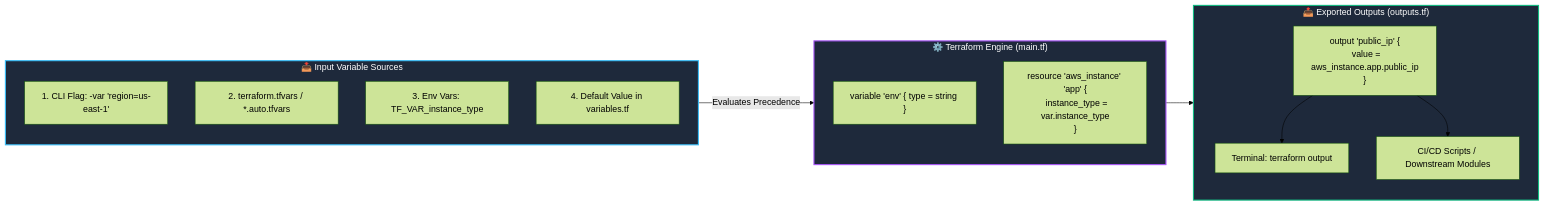
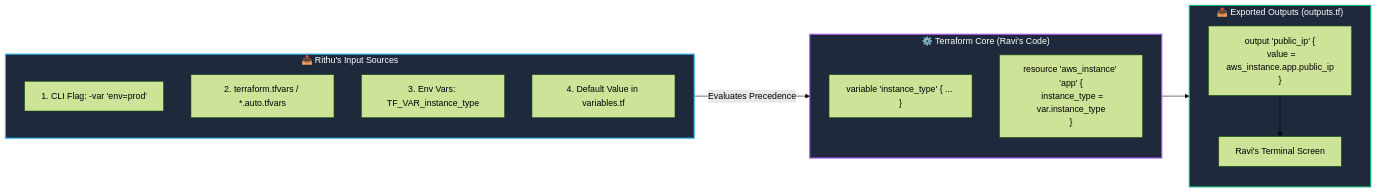
The diagram in 06-variables-and-outputs/README.md (agravi987/Learning-Terraform-For-DevOps), drawn with Mermaid (forest theme) before and after one commit. The commit also changed other lines of this file and 18 other files, not shown here.

Commit message:
docs: enrich curriculum with Mentor Rithu and Student Ravi interactive learning experience

````diff
--- a/06-variables-and-outputs/README.md
+++ b/06-variables-and-outputs/README.md
@@ -23,28 +27,27 @@
 ```mermaid
 flowchart LR
-    subgraph Inputs ["📥 Input Variable Sources"]
-        CLI["1. CLI Flag: -var 'region=us-east-1'"]
+    subgraph Inputs ["📥 Rithu's Input Sources"]
+        CLI["1. CLI Flag: -var 'env=prod'"]
         TFVARS["2. terraform.tfvars / *.auto.tfvars"]
         ENV["3. Env Vars: TF_VAR_instance_type"]
         DEF["4. Default Value in variables.tf"]
     end
 
-    subgraph ConfigEngine ["⚙️ Terraform Engine (main.tf)"]
-        VAR_BLOCK["variable 'env' { type = string }"]
+    subgraph ConfigEngine ["⚙️ Terraform Core (Ravi's Code)"]
+        VAR_BLOCK["variable 'instance_type' { ... }"]
         RES["resource 'aws_instance' 'app' {\n  instance_type = var.instance_type\n}"]
     end
 
     subgraph Outputs ["📤 Exported Outputs (outputs.tf)"]
         OUT_IP["output 'public_ip' {\n  value = aws_instance.app.public_ip\n}"]
-        OUT_TERM["Terminal: terraform output"]
-        OUT_PIPE["CI/CD Scripts / Downstream Modules"]
+        OUT_TERM["Ravi's Terminal Screen"]
     end
 
     Inputs -->|Evaluates Precedence| ConfigEngine
     ConfigEngine --> Outputs
-    OUT_IP --> OUT_TERM & OUT_PIPE
+    OUT_IP --> OUT_TERM
 
     style Inputs fill:#1e293b,stroke:#38bdf8,stroke-width:2px,color:#fff
     style ConfigEngine fill:#1e293b,stroke:#a855f7,stroke-width:2px,color:#fff
     style Outputs fill:#1e293b,stroke:#10b981,stroke-width:2px,color:#fff
 ```
````
